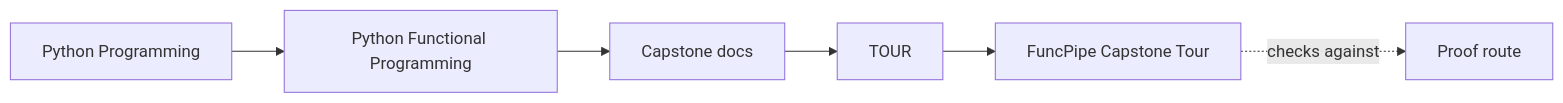
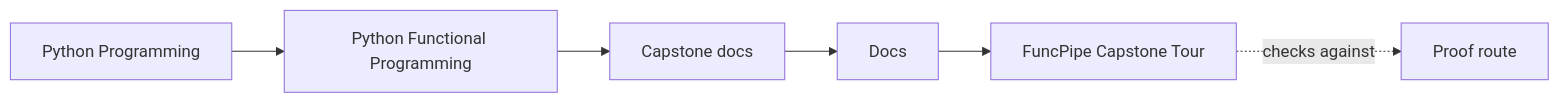
Before and after one commit to bijux/bijux-masterclass: the first of 2 diagrams in programs/python-programming/python-functional-programming/capstone/docs/tour.md, drawn with Mermaid. The commit also changed 108 other files, not shown here.

````diff
--- a/programs/python-programming/python-functional-programming/capstone/docs/tour.md
+++ b/programs/python-programming/python-functional-programming/capstone/docs/tour.md
@@ -7,12 +7,12 @@
 ```mermaid
 graph LR
   family["Python Programming"]
   program["Python Functional Programming"]
   guide["Capstone docs"]
-  section["TOUR"]
+  section["Docs"]
   page["FuncPipe Capstone Tour"]
   proof["Proof route"]
 
   family --> program --> guide --> section --> page
   page -.checks against.-> proof
 ```
````
